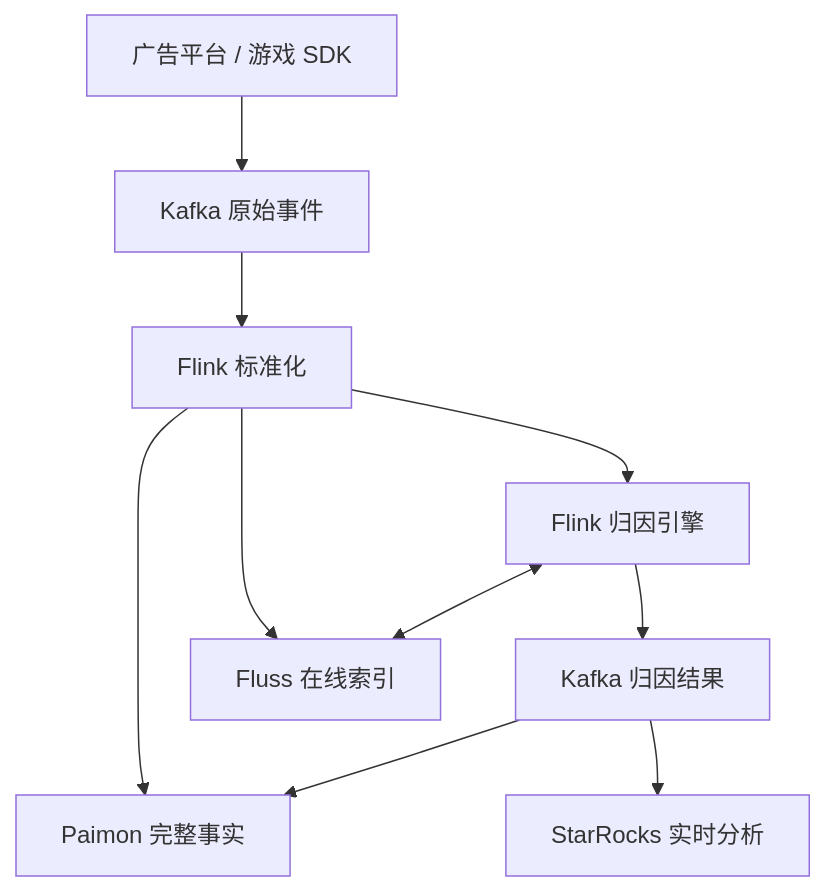
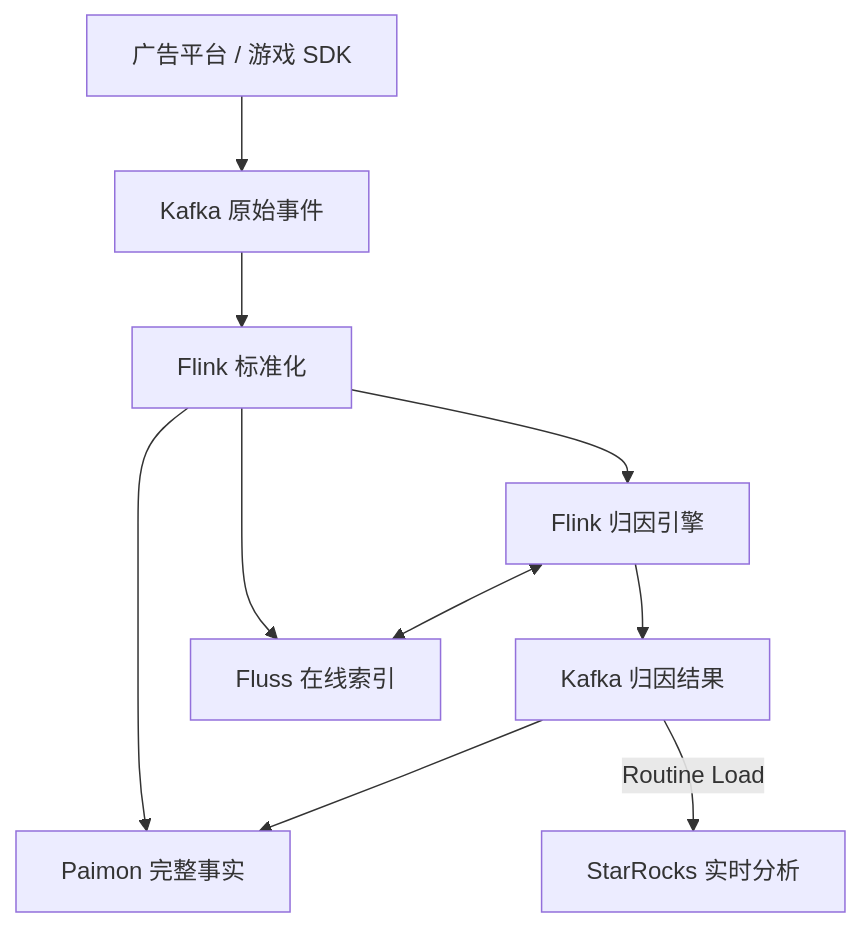
Before and after one commit to zilch404/game-attribution-engineering: the diagram in README.md, drawn with Mermaid. The commit also changed other lines of this file and 57 other files, not shown here.

````diff
--- a/README.md
+++ b/README.md
@@ -38,12 +57,12 @@
 ```mermaid
 flowchart TD
     A["广告平台 / 游戏 SDK"] --> K["Kafka 原始事件"]
     K --> N["Flink 标准化"]
     N --> P["Paimon 完整事实"]
     N --> F["Fluss 在线索引"]
     N --> E["Flink 归因引擎"]
     E <--> F
     E --> R["Kafka 归因结果"]
     R --> P
-    R --> S["StarRocks 实时分析"]
+    R -->|Routine Load| S["StarRocks 实时分析"]
 ```
````
